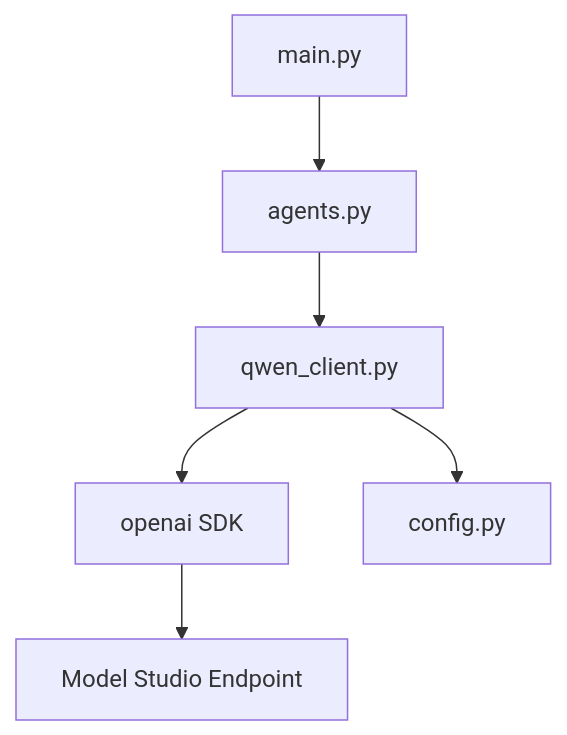
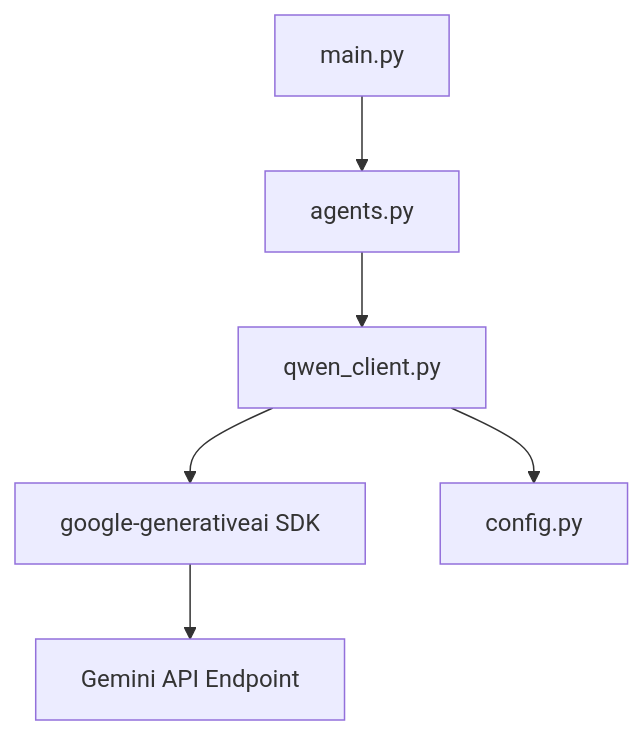
One commit to waqarimran342/CareerOS-AI changed the seventh of 7 diagrams in .qoder/repowiki/en/content/External Integrations/Qwen LLM Integration.md. Above: the diagram before and after it, drawn with Mermaid. The commit also changed other lines of this file and 32 other files, not shown here.

````diff
--- a/.qoder/repowiki/en/content/External Integrations/Qwen LLM Integration.md
+++ b/.qoder/repowiki/en/content/External Integrations/Qwen LLM Integration.md
@@ -274,8 +278,8 @@
 ```mermaid
 graph TB
 Main["main.py"] --> Agents["agents.py"]
-Agents --> QwenClient["qwen_client.py"]
-QwenClient --> OpenAI["openai SDK"]
-QwenClient --> Config["config.py"]
-OpenAI --> ModelStudio["Model Studio Endpoint"]
+Agents --> GeminiClient["qwen_client.py"]
+GeminiClient --> GenAI["google-generativeai SDK"]
+GeminiClient --> Config["config.py"]
+GenAI --> GeminiAPI["Gemini API Endpoint"]
 ```
````
